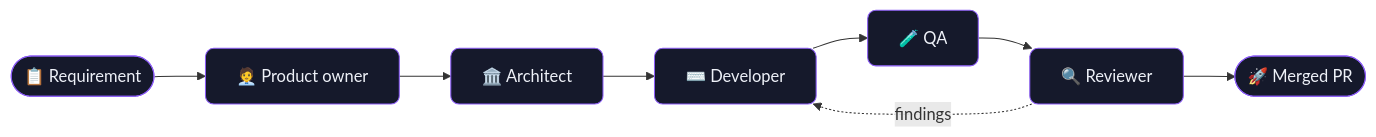
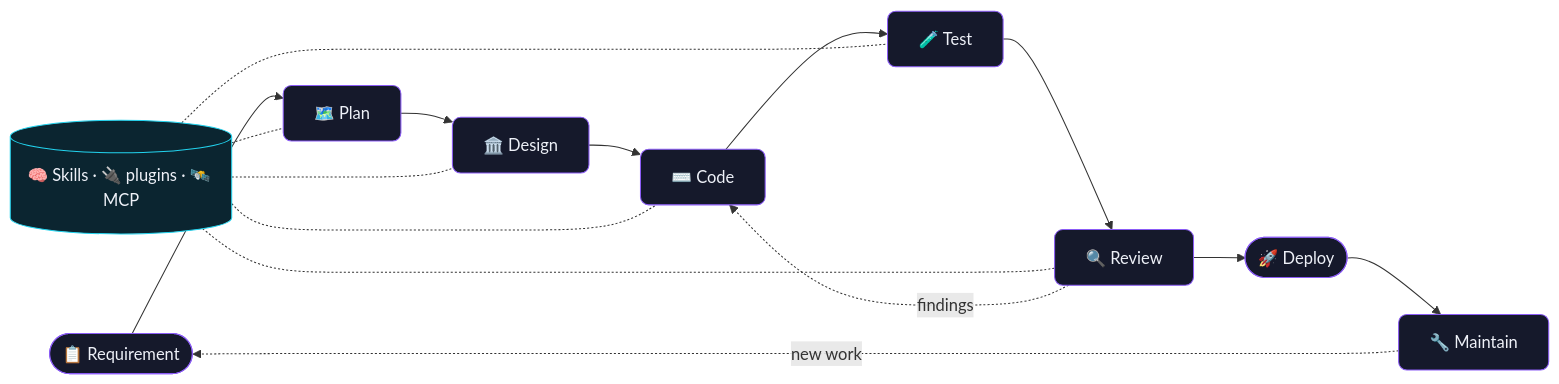
One commit to ankitkatiyar567/ankitkatiyar567 changed the diagram in README.md. Above: the diagram before and after it, drawn with Mermaid. The commit also changed other lines of this file and 2 other files, not shown here.

````diff
--- a/README.md
+++ b/README.md
@@ -51,7 +62,11 @@
 ```mermaid
 flowchart LR
-  R([📋 Requirement]) --> PO[🧑‍💼 Product owner] --> A[🏛️ Architect] --> D[⌨️ Developer] --> Q[🧪 QA] --> V[🔍 Reviewer] --> S([🚀 Merged PR])
-  V -. findings .-> D
+  R([📋 Requirement]) --> P[🗺️ Plan] --> D[🏛️ Design] --> C[⌨️ Code] --> T[🧪 Test] --> V[🔍 Review] --> S([🚀 Deploy]) --> M[🔧 Maintain]
+  V -. findings .-> C
+  M -. new work .-> R
+  K[(🧠 Skills · 🔌 plugins · 🛰️ MCP)] -.- P & D & C & T & V
   classDef n fill:#15192b,stroke:#8b5cf6,color:#eef1f8,rx:8,ry:8;
-  class R,PO,A,D,Q,V,S n;
+  classDef k fill:#0b2530,stroke:#22d3ee,color:#eef1f8;
+  class R,P,D,C,T,V,S,M n;
+  class K k;
 ```
````
